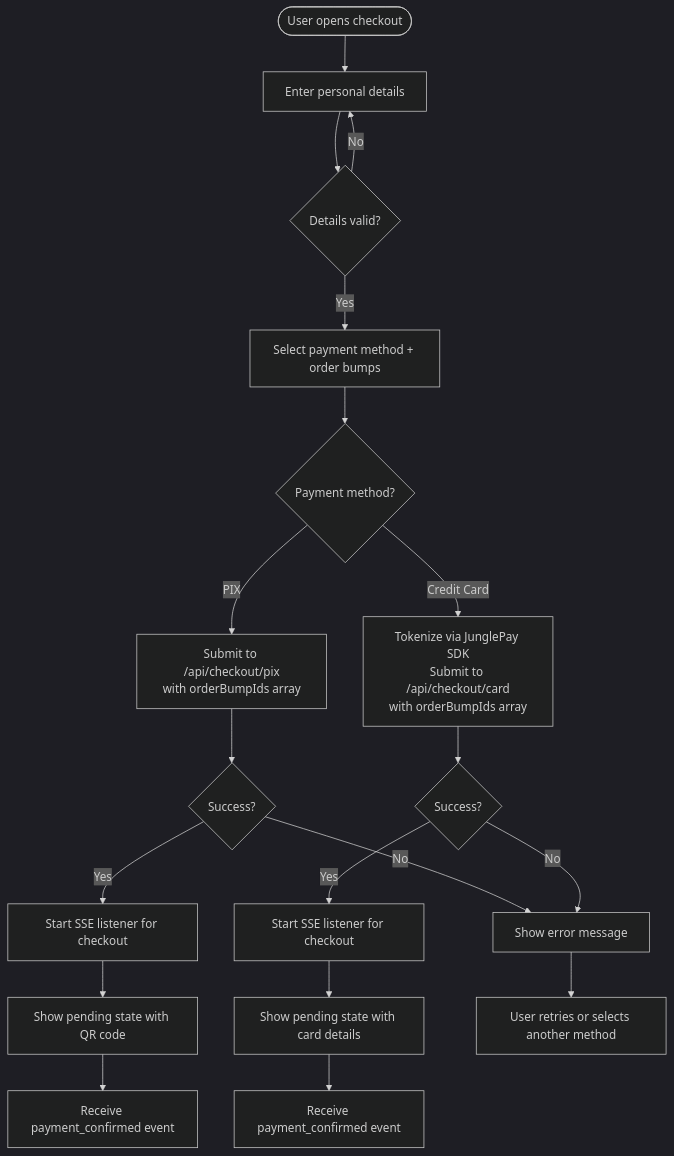
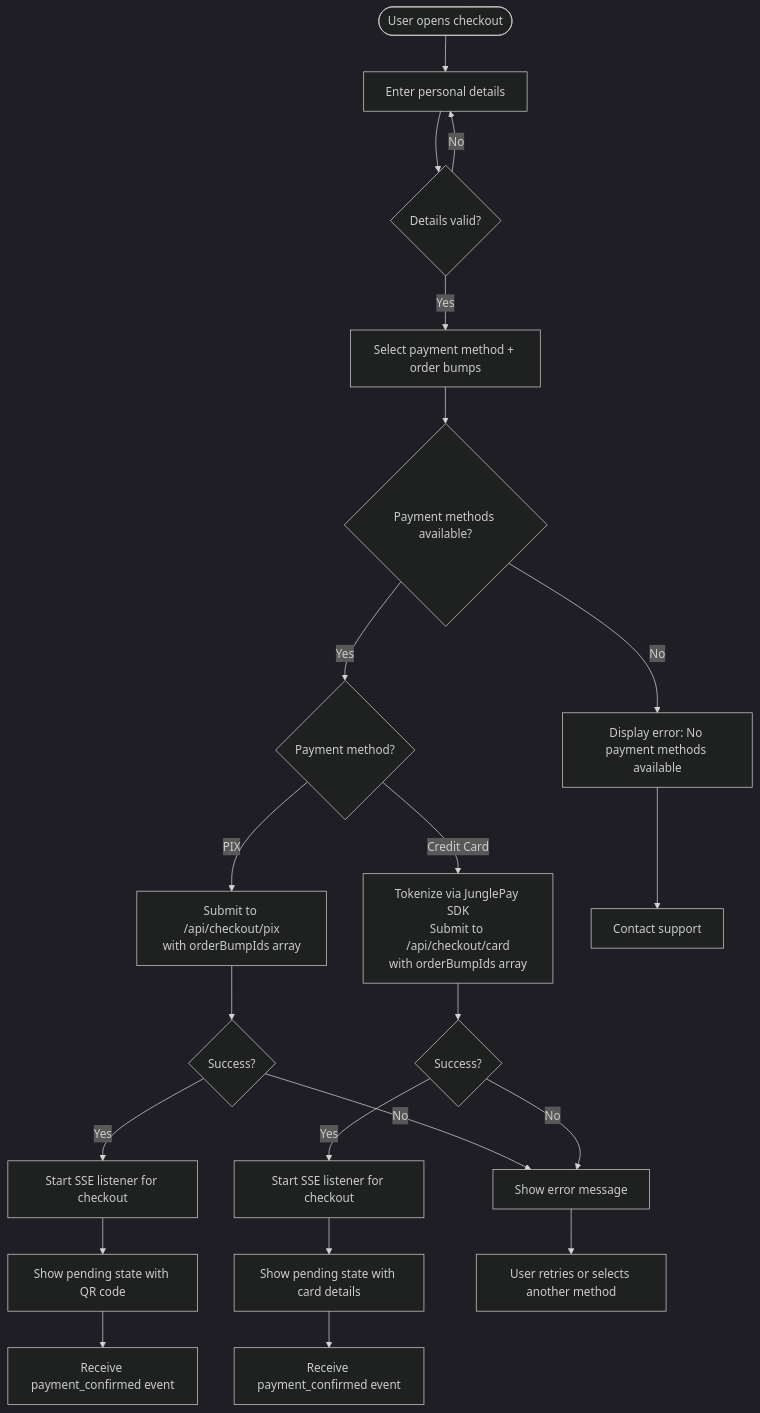
Before and after one commit to eromedrive2tb-gif/Avitrine: the third of 16 diagrams in .qoder/repowiki/en/content/Page Components/Checkout Flow.md, drawn with Mermaid (dark theme). The commit also changed other lines of this file and 18 other files, not shown here.

````diff
--- a/.qoder/repowiki/en/content/Page Components/Checkout Flow.md
+++ b/.qoder/repowiki/en/content/Page Components/Checkout Flow.md
@@ -199,21 +208,24 @@
 ```mermaid
 flowchart TD
 Start(["User opens checkout"]) --> Step1["Enter personal details"]
 Step1 --> Validate1{"Details valid?"}
 Validate1 --> |No| Step1
 Validate1 --> |Yes| Step2["Select payment method + order bumps"]
-Step2 --> PM{"Payment method?"}
+Step2 --> CheckAvailability{"Payment methods available?"}
+CheckAvailability --> |No| ShowError["Display error: No payment methods available"]
+CheckAvailability --> |Yes| PM{"Payment method?"}
 PM --> |PIX| ProcessPIX["Submit to /api/checkout/pix<br/>with orderBumpIds array"]
 PM --> |Credit Card| ProcessCC["Tokenize via JunglePay SDK<br/>Submit to /api/checkout/card<br/>with orderBumpIds array"]
 ProcessPIX --> Result{"Success?"}
 Result --> |Yes| StartSSEPIX["Start SSE listener for checkout"]
 Result --> |No| Error["Show error message"]
 ProcessCC --> Result2{"Success?"}
 Result2 --> |Yes| StartSSECC["Start SSE listener for checkout"]
 Result2 --> |No| Error
 StartSSEPIX --> PendingPIX["Show pending state with QR code"]
 StartSSECC --> PendingCC["Show pending state with card details"]
 PendingPIX --> ConfirmedPIX["Receive payment_confirmed event"]
 PendingCC --> ConfirmedCC["Receive payment_confirmed event"]
 Error --> Retry["User retries or selects another method"]
+ShowError --> ContactSupport["Contact support"]
 ```
````
